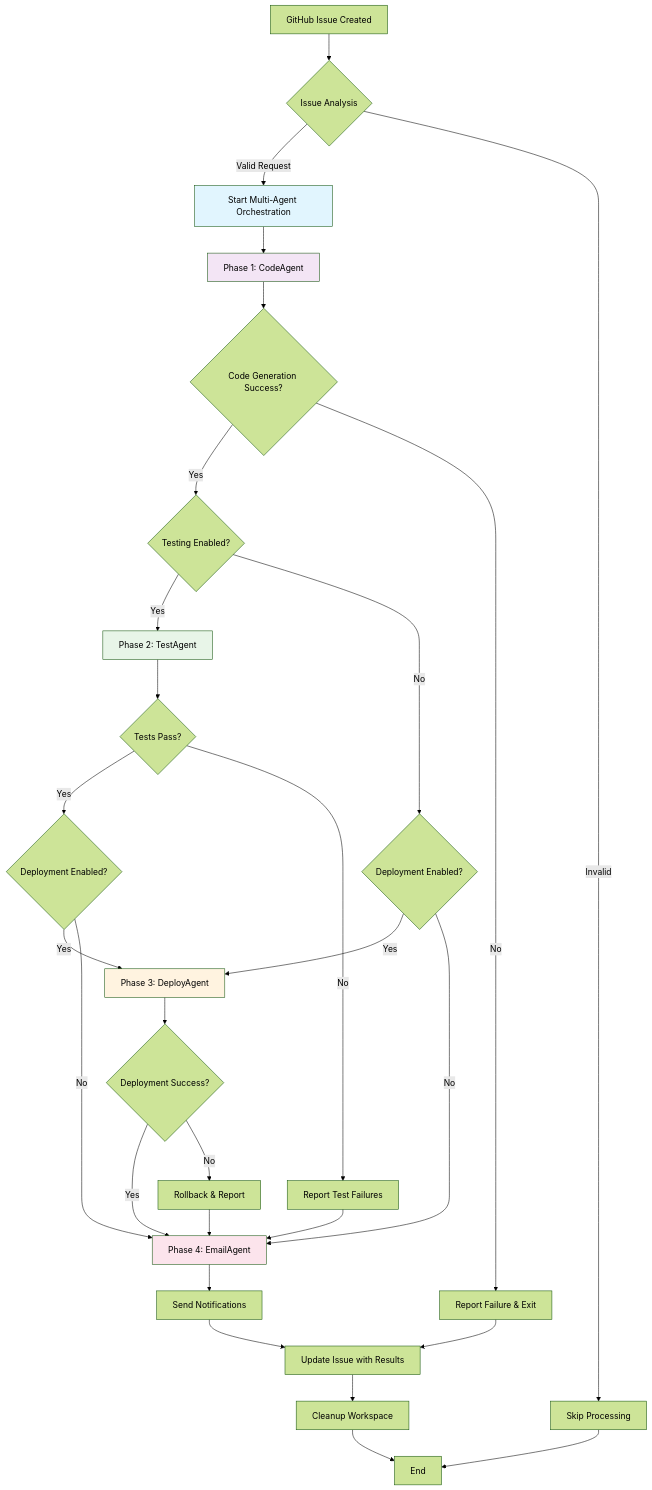
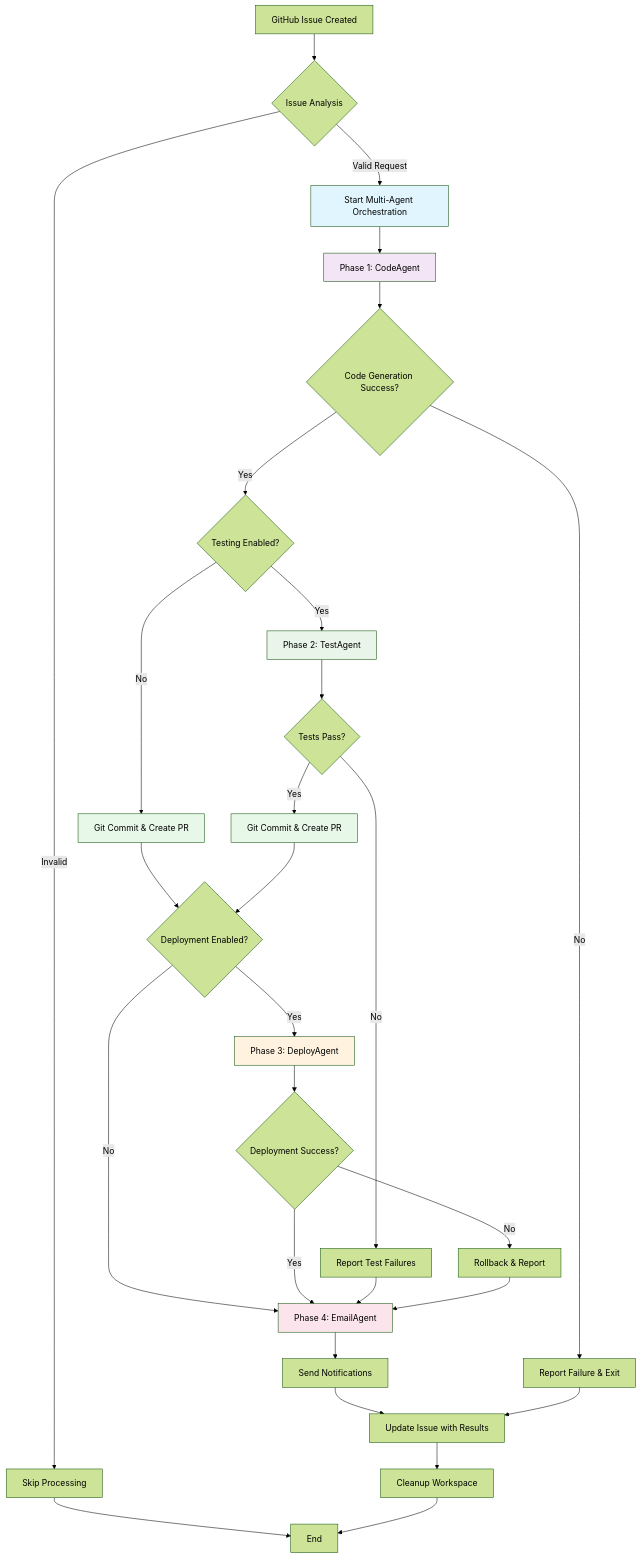
The second of 7 diagrams in README.md (udayakumarreddyv/githubagent), drawn with Mermaid (forest theme) before and after one commit. The commit also changed other lines of this file, not shown here.

Commit message:
fix: Corrected Multi-Agent workflow - Git operations after TestAgent success

````diff
--- a/README.md
+++ b/README.md
@@ -164,44 +167,46 @@
 ```mermaid
 flowchart TD
     A[GitHub Issue Created] --> B{Issue Analysis}
     B -->|Valid Request| C[Start Multi-Agent Orchestration]
     B -->|Invalid| Z[Skip Processing]
     
     C --> D[Phase 1: CodeAgent]
     D --> E{Code Generation Success?}
     E -->|Yes| F{Testing Enabled?}
     E -->|No| X[Report Failure & Exit]
     
     F -->|Yes| G[Phase 2: TestAgent]
-    F -->|No| M{Deployment Enabled?}
+    F -->|No| GIT1[Git Commit & Create PR]
     
     G --> H{Tests Pass?}
-    H -->|Yes| I{Deployment Enabled?}
+    H -->|Yes| GIT2[Git Commit & Create PR]
     H -->|No| J[Report Test Failures]
+    
+    GIT1 --> I{Deployment Enabled?}
+    GIT2 --> I{Deployment Enabled?}
     
     I -->|Yes| K[Phase 3: DeployAgent]
     I -->|No| O[Phase 4: EmailAgent]
     
     K --> L{Deployment Success?}
     L -->|Yes| O
     L -->|No| N[Rollback & Report]
-    
-    M -->|Yes| K
-    M -->|No| O
     
     O --> P[Send Notifications]
     P --> Q[Update Issue with Results]
     Q --> R[Cleanup Workspace]
     
     J --> O
     N --> O
     X --> Q
     Z --> END[End]
     R --> END
     
     style C fill:#e1f5fe
     style D fill:#f3e5f5
     style G fill:#e8f5e8
+    style GIT1 fill:#e8f8e8
+    style GIT2 fill:#e8f8e8
     style K fill:#fff3e0
     style O fill:#fce4ec
 ```
````
